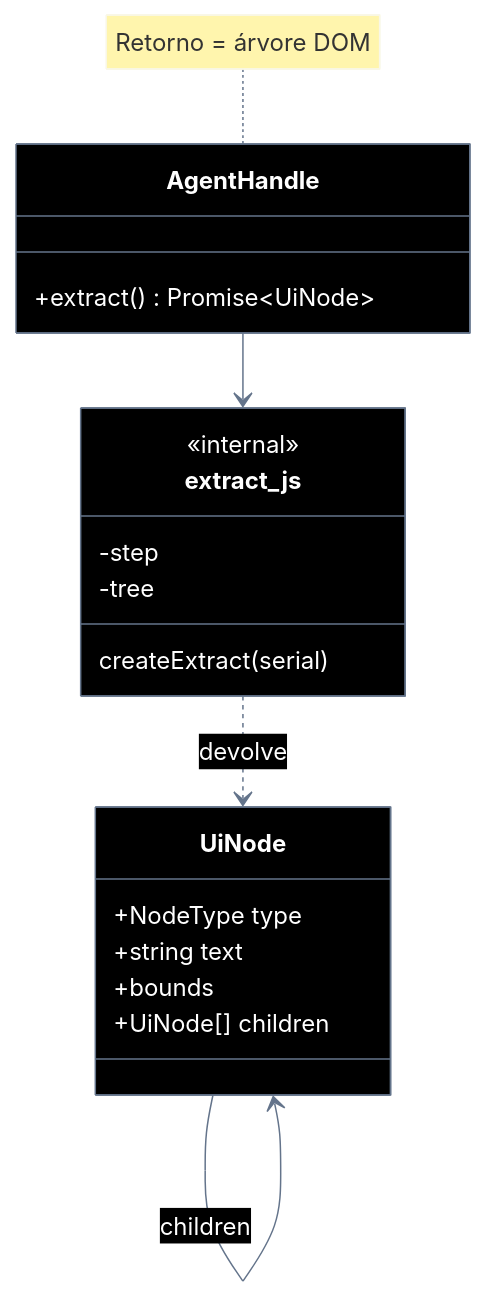
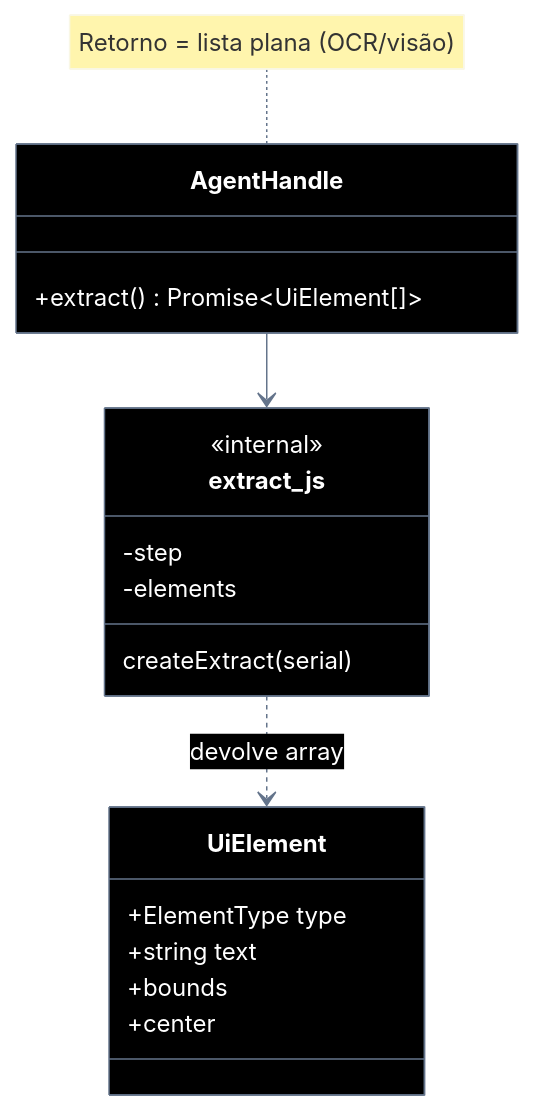
The second of 2 diagrams in screen-robot/implementation-plan/EP-05-extrair-elementos.md (laerciogermano/workstation), drawn with Mermaid before and after one commit. The commit also changed other lines of this file and 18 other files, not shown here.

Commit message:
Documenta extract como lista plana de elementos OCR, sem árvore DOM.

````diff
--- a/screen-robot/implementation-plan/EP-05-extrair-elementos.md
+++ b/screen-robot/implementation-plan/EP-05-extrair-elementos.md
@@ -299,47 +262,46 @@
 ```mermaid
 ---
 config:
   theme: base
   themeVariables:
     darkMode: true
     background: '#000000'
     primaryColor: '#000000'
     primaryTextColor: '#ffffff'
     primaryBorderColor: '#64748b'
     secondaryColor: '#000000'
     secondaryTextColor: '#ffffff'
     secondaryBorderColor: '#64748b'
     tertiaryColor: '#000000'
     tertiaryTextColor: '#ffffff'
     tertiaryBorderColor: '#64748b'
     lineColor: '#64748b'
     textColor: '#ffffff'
     mainBkg: '#000000'
     nodeBorder: '#64748b'
     clusterBkg: '#000000'
     clusterBorder: '#333333'
     titleColor: '#ffffff'
     classText: '#ffffff'
 ---
 classDiagram
   direction TB
   class AgentHandle {
-    +extract() Promise~UiNode~
+    +extract() Promise~UiElement[]~
   }
-  class UiNode {
-    +NodeType type
+  class UiElement {
+    +ElementType type
     +string text
     +bounds
-    +UiNode[] children
+    +center
   }
   class extract_js {
     <<internal>>
     createExtract(serial)
     -step
-    -tree
+    -elements
   }
-  note for AgentHandle "Retorno = árvore DOM"
+  note for AgentHandle "Retorno = lista plana (OCR/visão)"
   AgentHandle --> extract_js
-  extract_js ..> UiNode : devolve
-  UiNode --> UiNode : children
+  extract_js ..> UiElement : devolve array
 ```
````
